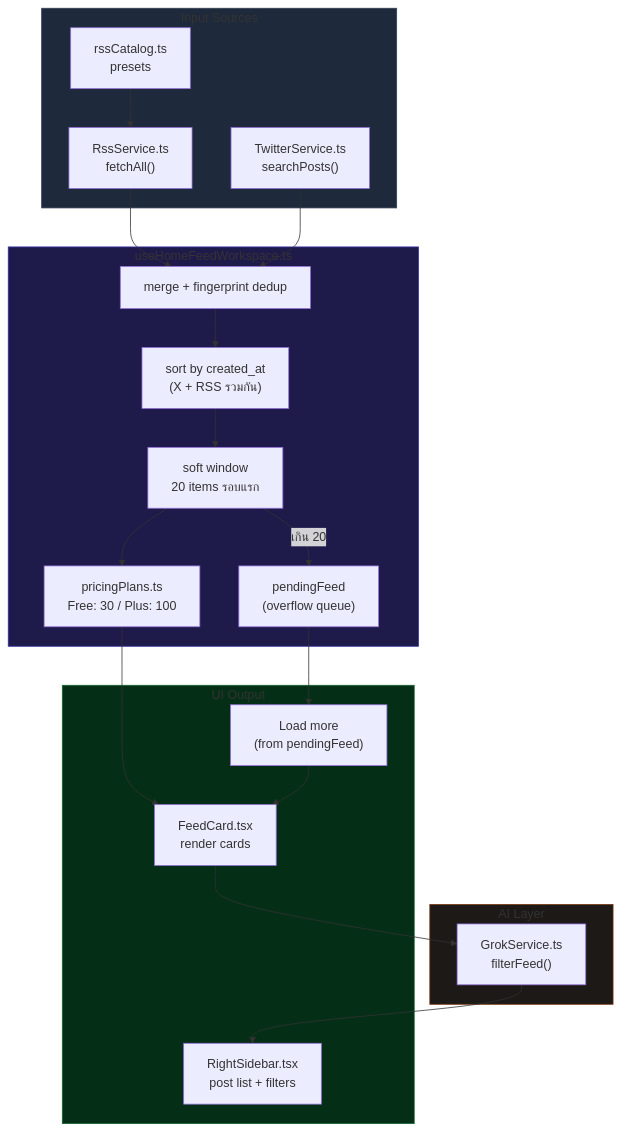
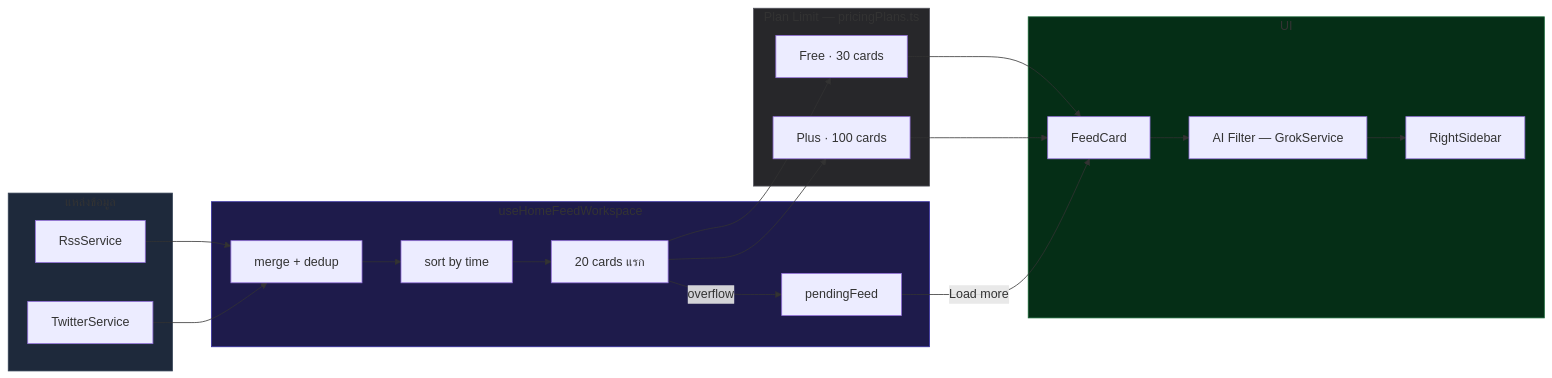
Before and after one commit to thefogusz/test: the diagram in docs/features/home-feed.md, drawn with Mermaid. The commit also changed 10 other files, not shown here.

First line of the commit message:
Translate all English docs to Thai + fix diagram readability

````diff
--- a/docs/features/home-feed.md
+++ b/docs/features/home-feed.md
@@ -19,44 +19,39 @@
 ```mermaid
-flowchart TD
-    subgraph Sources["Input Sources"]
-        RSS["RssService.ts\nfetchAll()"]
-        X["TwitterService.ts\nsearchPosts()"]
-        CATALOG["rssCatalog.ts\npresets"]
+flowchart LR
+    subgraph Sources["แหล่งข้อมูล"]
+        RSS[RssService]
+        X[TwitterService]
     end
 
-    subgraph Orchestration["useHomeFeedWorkspace.ts"]
-        MERGE["merge + fingerprint dedup"]
-        SORT["sort by created_at\n(X + RSS รวมกัน)"]
-        WINDOW["soft window\n20 items รอบแรก"]
-        PENDING["pendingFeed\n(overflow queue)"]
-        LIMIT["pricingPlans.ts\nFree: 30 / Plus: 100"]
+    subgraph Core["useHomeFeedWorkspace"]
+        MERGE[merge + dedup]
+        SORT[sort by time]
+        WINDOW[20 cards แรก]
+        PENDING[pendingFeed]
     end
 
-    subgraph AI["AI Layer"]
-        GROK["GrokService.ts\nfilterFeed()"]
+    subgraph Limit["Plan Limit — pricingPlans.ts"]
+        FREE[Free · 30 cards]
+        PLUS[Plus · 100 cards]
     end
 
-    subgraph UI["UI Output"]
-        FEEDCARD["FeedCard.tsx\nrender cards"]
-        LOADMORE["Load more\n(from pendingFeed)"]
-        RSIDEBAR["RightSidebar.tsx\npost list + filters"]
+    subgraph UI["UI"]
+        FEEDCARD[FeedCard]
+        GROK[AI Filter — GrokService]
+        RSIDEBAR[RightSidebar]
     end
 
-    CATALOG --> RSS
     RSS --> MERGE
     X --> MERGE
-    MERGE --> SORT
-    SORT --> WINDOW
-    WINDOW -- "เกิน 20" --> PENDING
-    WINDOW --> LIMIT
-    LIMIT --> FEEDCARD
-    PENDING --> LOADMORE
-    FEEDCARD --> GROK
-    GROK --> RSIDEBAR
-    LOADMORE --> FEEDCARD
+    MERGE --> SORT --> WINDOW
+    WINDOW -- overflow --> PENDING
+    WINDOW --> FREE & PLUS
+    FREE & PLUS --> FEEDCARD
+    FEEDCARD --> GROK --> RSIDEBAR
+    PENDING -- Load more --> FEEDCARD
 
     style Sources fill:#1e293b,stroke:#334155
-    style Orchestration fill:#1e1b4b,stroke:#3730a3
-    style AI fill:#1c1917,stroke:#78350f
+    style Core fill:#1e1b4b,stroke:#3730a3
+    style Limit fill:#27272a,stroke:#52525b
     style UI fill:#052e16,stroke:#166534
 ```
````
